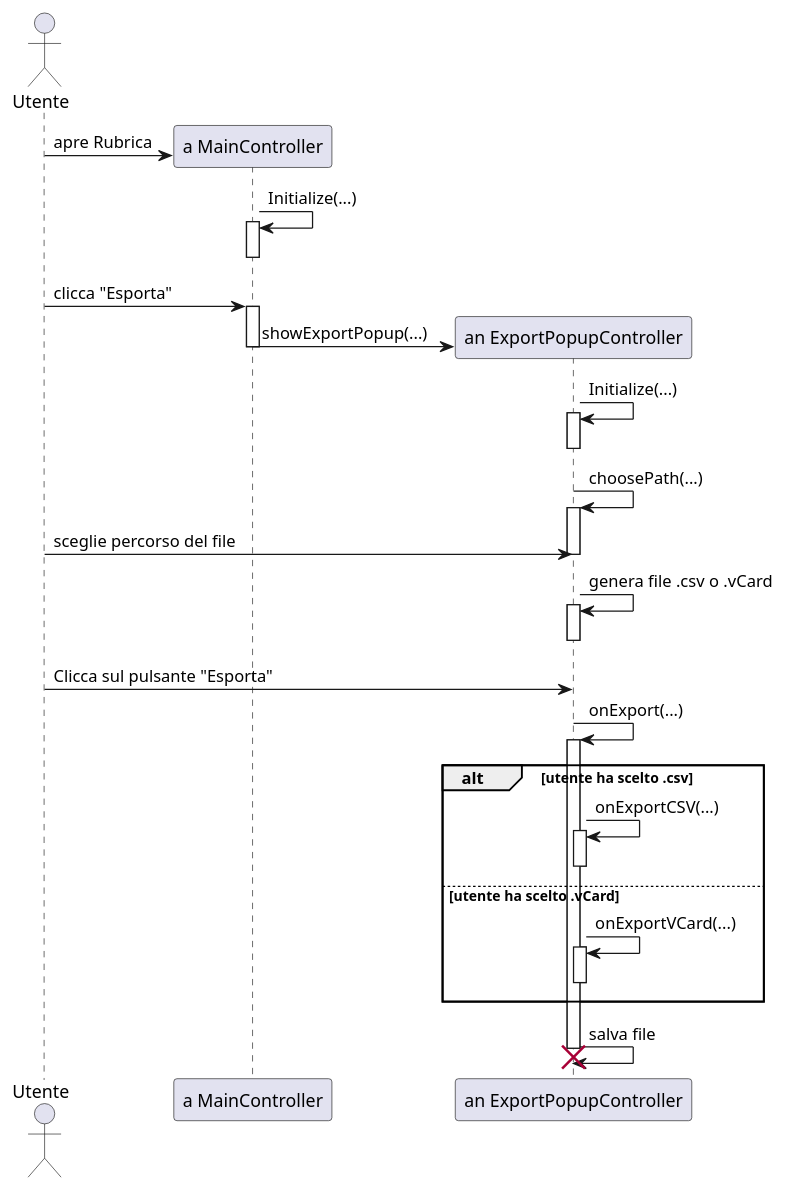
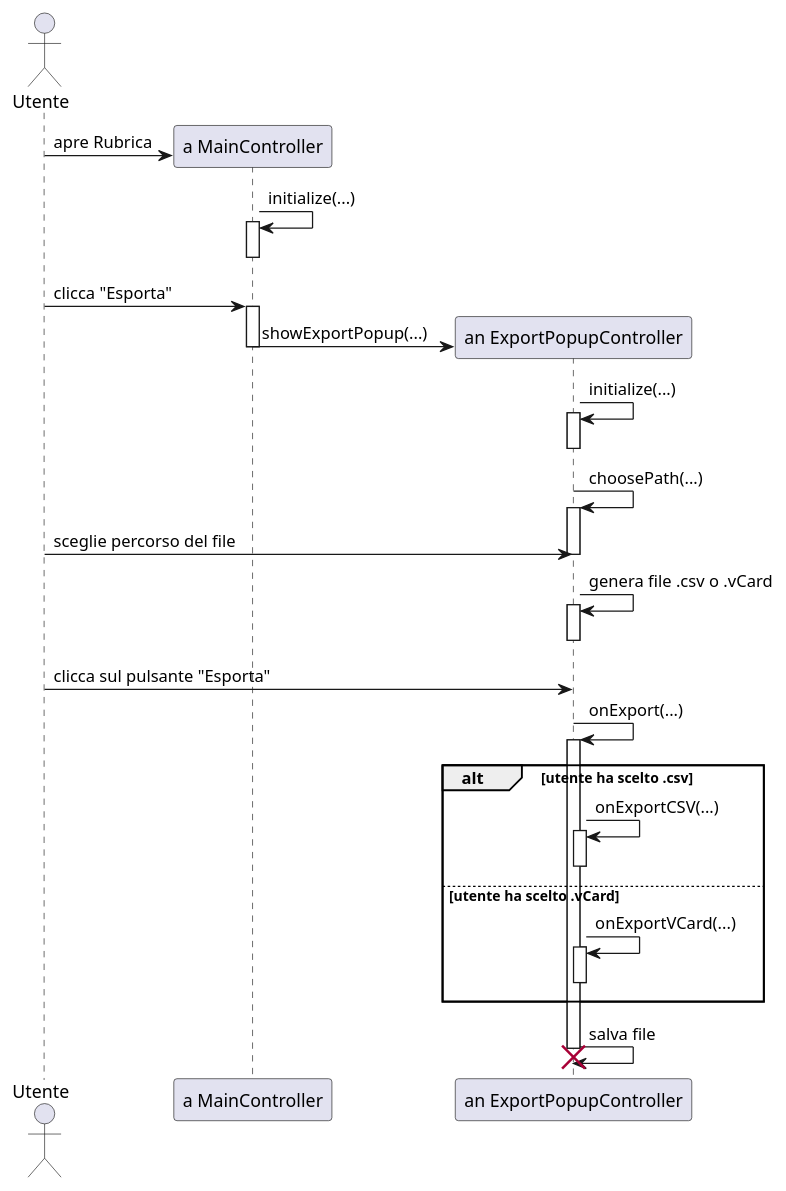
The diagram in documenti/diagrammi di sequenza/puml/diagrammaSequenzaC6EsportareRubrica.puml (savaava/ProgettoRubrica), drawn with PlantUML before and after one commit. The commit also changed 10 other files, not shown here.

```diff
--- a/documenti/diagrammi di sequenza/puml/diagrammaSequenzaC6EsportareRubrica.puml
+++ b/documenti/diagrammi di sequenza/puml/diagrammaSequenzaC6EsportareRubrica.puml
@@ -1,39 +1,39 @@
 @startuml EsportareRubrica
 actor Utente
 participant "a MainController" as MC
 participant "an ExportPopupController" as EPC
 
 Utente -> MC ** : apre Rubrica
-MC -> MC : Initialize(...)
+MC -> MC : initialize(...)
 activate MC
 deactivate MC
 Utente -> MC : clicca "Esporta"
 activate MC
 MC -> EPC ** : showExportPopup(...)
 deactivate MC
-EPC -> EPC : Initialize(...)
+EPC -> EPC : initialize(...)
 activate EPC
 deactivate EPC
 EPC -> EPC : choosePath(...)
 activate EPC
 Utente -> EPC : sceglie percorso del file
 deactivate EPC
 EPC -> EPC : genera file .csv o .vCard
 activate EPC
 deactivate EPC
-Utente -> EPC : Clicca sul pulsante "Esporta"
+Utente -> EPC : clicca sul pulsante "Esporta"
 EPC -> EPC : onExport(...)
 activate EPC
 alt utente ha scelto .csv
 EPC -> EPC : onExportCSV(...)
 activate EPC
 deactivate EPC
 else utente ha scelto .vCard
 EPC -> EPC : onExportVCard(...)
 activate EPC
 deactivate EPC
 end
 EPC -> EPC : salva file
 destroy EPC
 deactivate EPC
 @enduml
```
